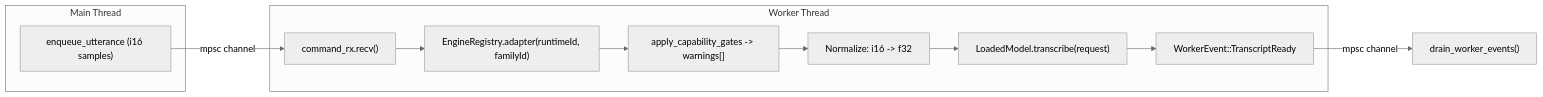
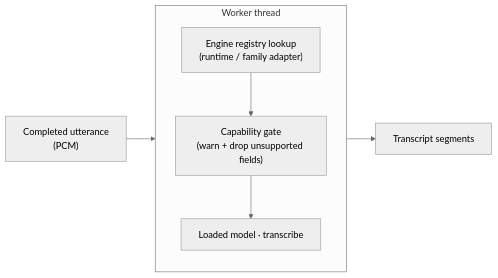
One commit to brittain9/obsidian-local-speech-to-text changed the sixth of 7 diagrams in docs/architecture/system-architecture.md. Above: the diagram before and after it, drawn with Mermaid (neutral theme). The commit also changed other lines of this file and 4 other files, not shown here.

````diff
--- a/docs/architecture/system-architecture.md
+++ b/docs/architecture/system-architecture.md
@@ -230,17 +247,14 @@
 ```mermaid
 flowchart LR
-    subgraph Main Thread
-        ENQUEUE["enqueue_utterance (i16 samples)"]
+    UTT["Completed utterance<br/>(PCM)"] --> WORKER
+
+    subgraph WORKER ["Worker thread"]
+        direction TB
+        LOOKUP["Engine registry lookup<br/>(runtime / family adapter)"]
+        GATE["Capability gate<br/>(warn + drop unsupported fields)"]
+        INF["Loaded model · transcribe"]
+        LOOKUP --> GATE --> INF
     end
 
-    subgraph Worker Thread
-        CMD["command_rx.recv()"] --> LOOKUP["EngineRegistry.adapter(runtimeId, familyId)"]
-        LOOKUP --> GATE["apply_capability_gates -> warnings[]"]
-        GATE --> NORM["Normalize: i16 -> f32"]
-        NORM --> INF["LoadedModel.transcribe(request)"]
-        INF --> EVT["WorkerEvent::TranscriptReady"]
-    end
-
-    ENQUEUE -->|"mpsc channel"| CMD
-    EVT -->|"mpsc channel"| DRAIN["drain_worker_events()"]
+    WORKER --> OUT["Transcript segments"]
 ```
````
